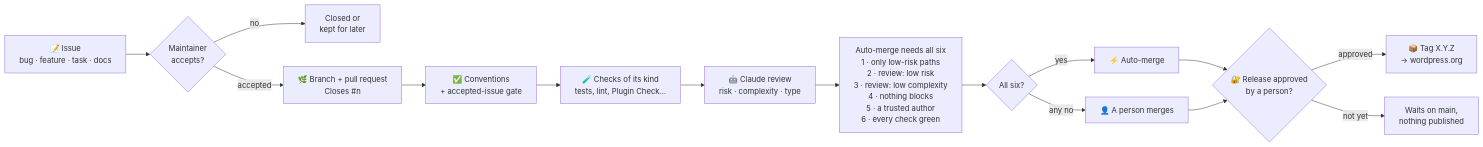
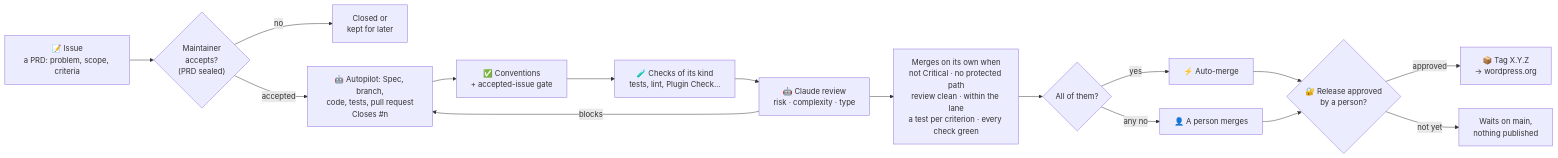
The first of 2 diagrams in README.md (DiluxOne/.github), drawn with Mermaid before and after one commit. The commit also changed 11 other files, not shown here.

First line of the commit message:
feat(autopilot): an accepted issue worked to a merged pull request (#101)

````diff
--- a/README.md
+++ b/README.md
@@ -18,17 +18,18 @@
 ```mermaid
 flowchart LR
-    A["📝 Issue<br/>bug · feature · task · docs"] --> B{"Maintainer<br/>accepts?"}
+    A["📝 Issue<br/>a PRD: problem, scope, criteria"] --> B{"Maintainer<br/>accepts?<br/>(PRD sealed)"}
     B -- "no" --> X["Closed or<br/>kept for later"]
-    B -- "accepted" --> C["🌿 Branch + pull request<br/>Closes #n"]
+    B -- "accepted" --> C["🤖 Autopilot: Spec, branch,<br/>code, tests, pull request<br/>Closes #n"]
     C --> D["✅ Conventions<br/>+ accepted-issue gate"]
     D --> E["🧪 Checks of its kind<br/>tests, lint, Plugin Check…"]
     E --> F["🤖 Claude review<br/>risk · complexity · type"]
-    F --> L["Auto-merge needs all six<br/>1 · only low-risk paths<br/>2 · review: low risk<br/>3 · review: low complexity<br/>4 · nothing blocks<br/>5 · a trusted author<br/>6 · every check green"]
-    L --> G{"All six?"}
+    F -- "blocks" --> C
+    F --> L["Merges on its own when<br/>not Critical · no protected path<br/>review clean · within the lane<br/>a test per criterion · every check green"]
+    L --> G{"All of them?"}
     G -- "yes" --> H["⚡ Auto-merge"]
     G -- "any no" --> I["👤 A person merges"]
     H --> R{"🔐 Release approved<br/>by a person?"}
     I --> R
     R -- "approved" --> J["📦 Tag X.Y.Z<br/>→ wordpress.org"]
     R -- "not yet" --> W["Waits on main,<br/>nothing published"]
 ```
````
